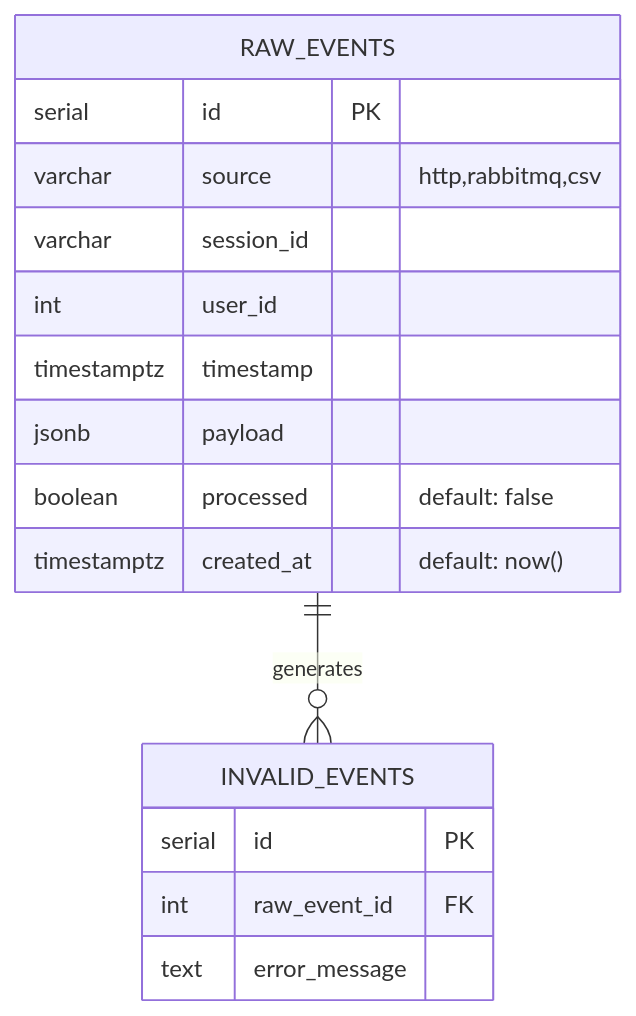
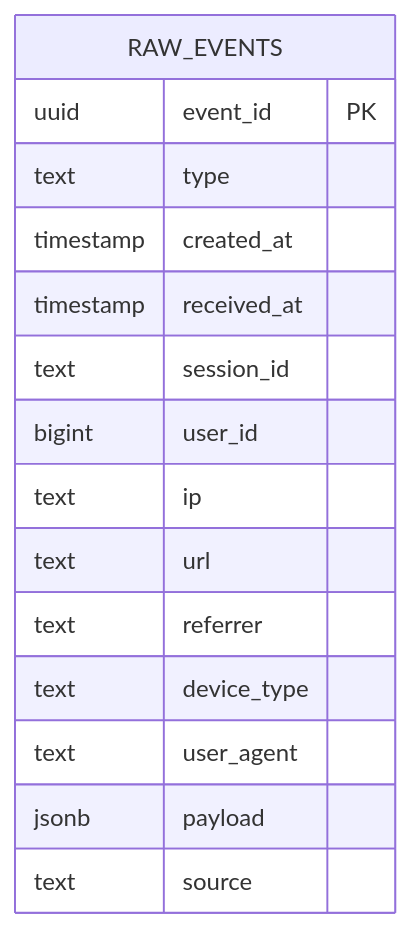
Before and after one commit to Alexsa7161/ASOBD: the fourth of 5 diagrams in README.md, drawn with Mermaid. The commit also changed other lines of this file, not shown here.

````diff
--- a/README.md
+++ b/README.md
@@ -322,23 +322,20 @@
 ```mermaid
 erDiagram
     RAW_EVENTS {
-        serial id PK
-        varchar source "http,rabbitmq,csv"
-        varchar session_id
-        int user_id
-        timestamptz timestamp
+        uuid event_id PK
+        text type
+        timestamp created_at
+        timestamp received_at
+        text session_id
+        bigint user_id
+        text ip
+        text url
+        text referrer
+        text device_type
+        text user_agent
         jsonb payload
-        boolean processed "default: false"
-        timestamptz created_at "default: now()"
+        text source
     }
-    
-    INVALID_EVENTS {
-        serial id PK
-        int raw_event_id FK
-        text error_message
-    }
-    
-    RAW_EVENTS ||--o{ INVALID_EVENTS : generates
     
     classDef erStyle fill:#ffffff,stroke:#000000,stroke-width:2px,color:#000000
 ```
````
